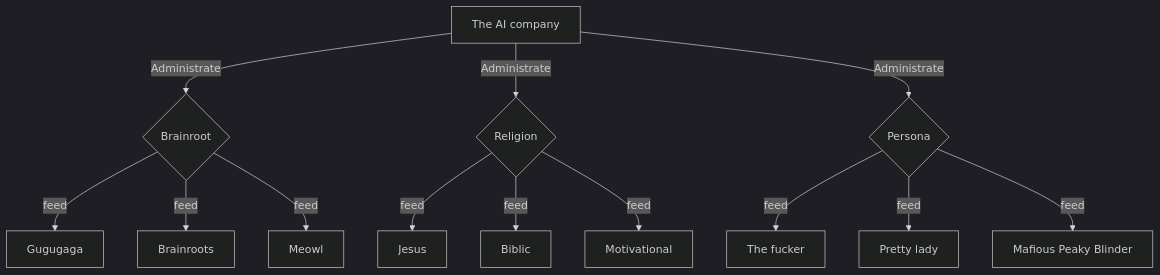
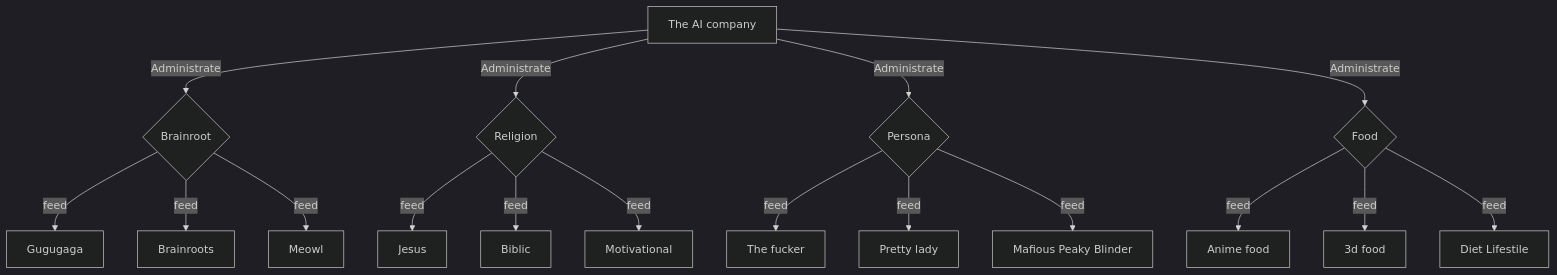
Before and after one commit to ColcheteDAO/AI: the diagram in org.md, drawn with Mermaid (dark theme).

Commit message:
docs: add food

````diff
--- a/org.md
+++ b/org.md
@@ -1,15 +1,19 @@
 ```mermaid
 flowchart TD
     A[The AI company] -->|Administrate| C{Brainroot}
     C -->|feed| D[Gugugaga]
     C -->|feed| E[Brainroots]
     C -->|feed| F[Meowl]
     A -->|Administrate| G{Religion}
     G -->|feed| H[Jesus]
     G -->|feed| I[Biblic]
     G -->|feed| J[Motivational]
     A -->|Administrate| K{Persona}
     K -->|feed| L[The fucker]
     K -->|feed| M[Pretty lady]
     K -->|feed| N[Mafious Peaky Blinder]
+    A -->|Administrate| O{Food}
+    O -->|feed| P[Anime food]
+    O -->|feed| Q[3d food]
+    O -->|feed| R[Diet Lifestile]
 ```
````
